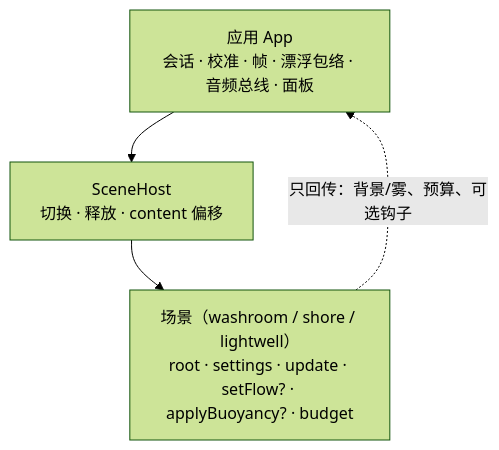
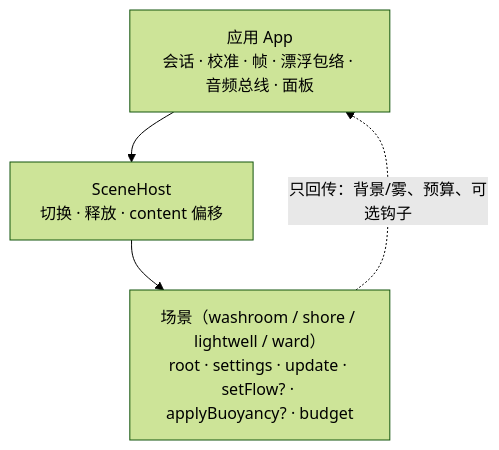
The diagram in docs/scenes.md (fire-disposal/quiet-shore-vr), drawn with Mermaid (forest theme) before and after one commit. The commit also changed other lines of this file and 1 other file, not shown here.

First line of the commit message:
feat(lightwell): a fall curve instead of a slide

````diff
--- a/docs/scenes.md
+++ b/docs/scenes.md
@@ -12,8 +12,8 @@
 ```mermaid
 flowchart TB
   A["应用 App<br/>会话 · 校准 · 帧 · 漂浮包络 · 音频总线 · 面板"]
   B["SceneHost<br/>切换 · 释放 · content 偏移"]
-  S["场景（washroom / shore / lightwell）<br/>root · settings · update · setFlow? · applyBuoyancy? · budget"]
+  S["场景（washroom / shore / lightwell / ward）<br/>root · settings · update · setFlow? · applyBuoyancy? · budget"]
   A --> B --> S
   S -.->|"只回传：背景/雾、预算、可选钩子"| A
 ```
````
